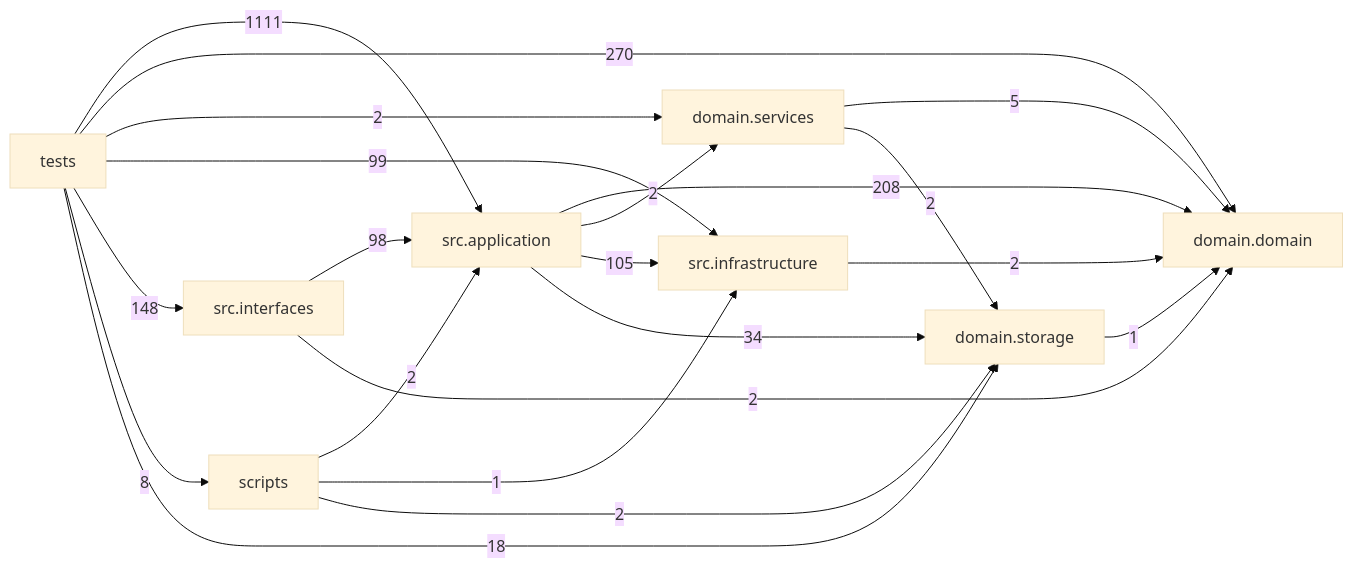
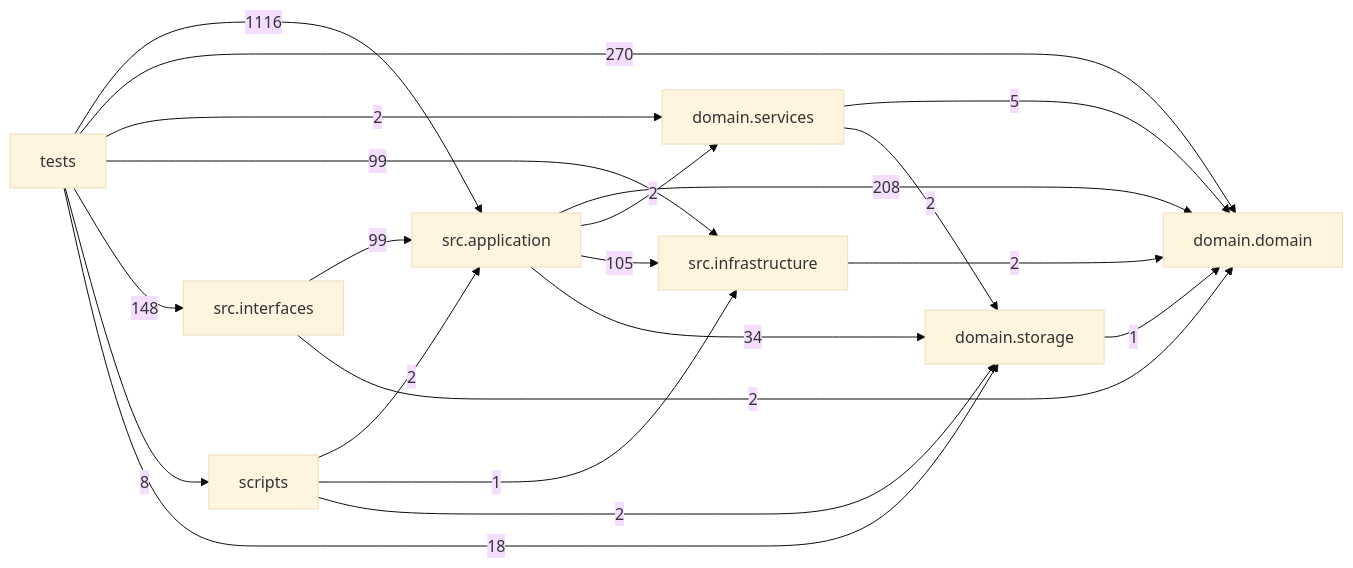
The diagram in docs/DEPENDENCY_GRAPH.md (liuxie066/options-monitor), drawn with Mermaid (base theme) before and after one commit. The commit also changed other lines of this file and 10 other files, not shown here.

````diff
--- a/docs/DEPENDENCY_GRAPH.md
+++ b/docs/DEPENDENCY_GRAPH.md
@@ -24,31 +24,31 @@
 ```mermaid
 flowchart LR
   tests["tests"]
   scripts["scripts"]
   interfaces["src.interfaces"]
   application["src.application"]
   infrastructure["src.infrastructure"]
   domain_services["domain.services"]
   domain["domain.domain"]
   storage["domain.storage"]
   application -->|208| domain
   application -->|2| domain_services
   application -->|105| infrastructure
   application -->|34| storage
   domain_services -->|5| domain
   domain_services -->|2| storage
   infrastructure -->|2| domain
-  interfaces -->|98| application
+  interfaces -->|99| application
   interfaces -->|2| domain
   scripts -->|2| application
   scripts -->|1| infrastructure
   scripts -->|2| storage
   storage -->|1| domain
-  tests -->|1111| application
+  tests -->|1116| application
   tests -->|270| domain
   tests -->|2| domain_services
   tests -->|99| infrastructure
   tests -->|148| interfaces
   tests -->|8| scripts
   tests -->|18| storage
 ```
````
